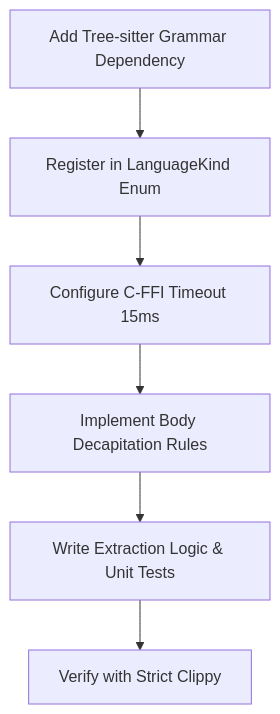
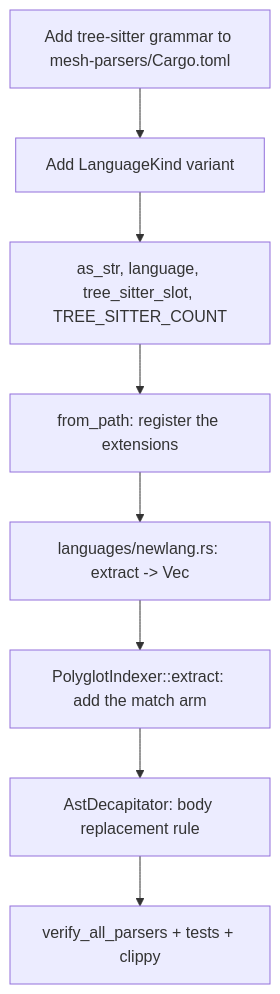
Before and after one commit to VictorAgahi/causalmesh: the diagram in .agents/skills/mesh-parser-engineering/SKILL.md, drawn with Mermaid. The commit also changed other lines of this file and 29 other files, not shown here.

````diff
--- a/.agents/skills/mesh-parser-engineering/SKILL.md
+++ b/.agents/skills/mesh-parser-engineering/SKILL.md
@@ -39,8 +110,10 @@
 ```mermaid
 graph TD
-    A[Add Tree-sitter Grammar Dependency] --> B[Register in LanguageKind Enum]
-    B --> C[Configure C-FFI Timeout 15ms]
-    C --> D[Implement Body Decapitation Rules]
-    D --> E[Write Extraction Logic & Unit Tests]
-    E --> F[Verify with Strict Clippy]
+    A[Add tree-sitter grammar to mesh-parsers/Cargo.toml] --> B[Add LanguageKind variant]
+    B --> C[as_str, language, tree_sitter_slot, TREE_SITTER_COUNT]
+    C --> D[from_path: register the extensions]
+    D --> E[languages/newlang.rs: extract -> Vec<ContractNode>]
+    E --> F[PolyglotIndexer::extract: add the match arm]
+    F --> G[AstDecapitator: body replacement rule]
+    G --> H[verify_all_parsers + tests + clippy]
 ```
````
